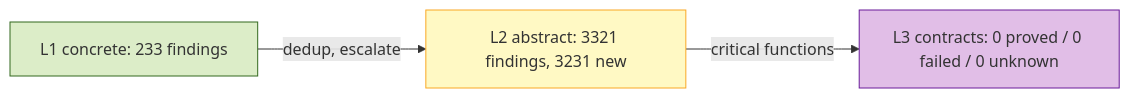
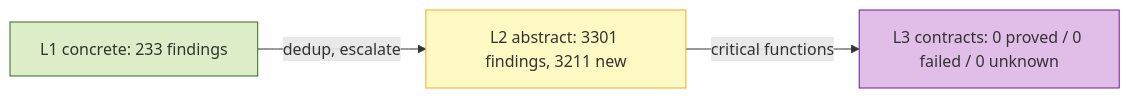
The first of 6 diagrams in reports/riantr_moonbit_doubleML@latest_0.164.64.md (riantr/LunaFlow), drawn with Mermaid before and after one commit. The commit also changed other lines of this file and 16 other files, not shown here.

````diff
--- a/reports/riantr_moonbit_doubleML@latest_0.164.64.md
+++ b/reports/riantr_moonbit_doubleML@latest_0.164.64.md
@@ -48,11 +48,11 @@
 ```mermaid
 flowchart LR
   classDef l1 fill:#dcedc8,stroke:#33691e
   classDef l2 fill:#fff9c4,stroke:#f9a825
   classDef l3 fill:#e1bee7,stroke:#6a1b9a
   L1["L1 concrete: 233 findings"]:::l1
-  L2["L2 abstract: 3321 findings, 3231 new"]:::l2
+  L2["L2 abstract: 3301 findings, 3211 new"]:::l2
   L3["L3 contracts: 0 proved / 0 failed / 0 unknown"]:::l3
   L1 -->|"dedup, escalate"| L2
   L2 -->|"critical functions"| L3
 ```
````
